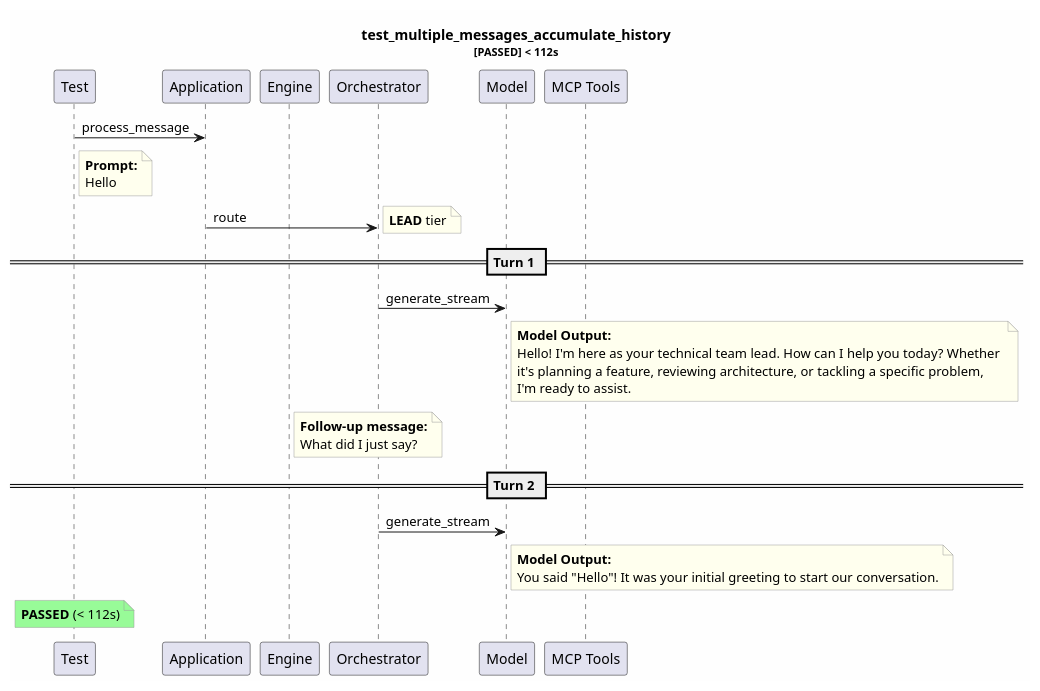
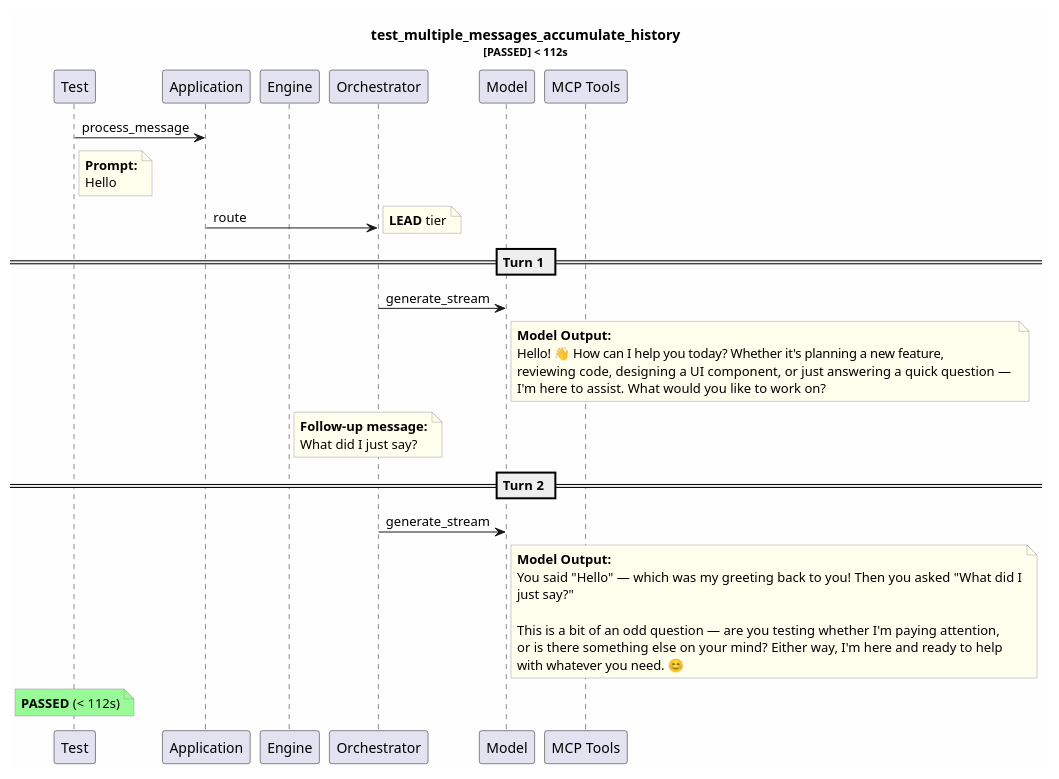
Before and after one commit to tvanfossen/entropic: the diagram in test-reports/logs/test_multiple_messages_accumulate_history/test_multiple_messages_accumulate_history.puml, drawn with PlantUML. The commit also changed 85 other files, not shown here.

```diff
--- a/test-reports/logs/test_multiple_messages_accumulate_history/test_multiple_messages_accumulate_history.puml
+++ b/test-reports/logs/test_multiple_messages_accumulate_history/test_multiple_messages_accumulate_history.puml
@@ -1,43 +1,48 @@
 @startuml
 skinparam backgroundColor #FEFEFE
 skinparam noteBorderColor #999999
 skinparam noteBackgroundColor #FFFFEE
 title test_multiple_messages_accumulate_history\n<size:11>[PASSED] < 112s</size>
 
 participant "Test" as T
 participant "Application" as App
 participant "Engine" as Eng
 participant "Orchestrator" as Orch
 participant "Model" as Mdl
 participant "MCP Tools" as MCP
 
 T -> App: process_message
 note right of T
   **Prompt:**
   Hello
 end note
 App -> Orch: route
 note right: **LEAD** tier
 == Turn 1 ==
 Orch -> Mdl: generate_stream
 note right of Mdl
   **Model Output:**
-  Hello! I'm here as your technical team lead. How can I help you today? Whether 
-  it's planning a feature, reviewing architecture, or tackling a specific problem,
-  I'm ready to assist.
+  Hello! 👋 How can I help you today? Whether it's planning a new feature, 
+  reviewing code, designing a UI component, or just answering a quick question — 
+  I'm here to assist. What would you like to work on?
 end note
 note right of Eng
   **Follow-up message:**
   What did I just say?
 end note
 == Turn 2 ==
 Orch -> Mdl: generate_stream
 note right of Mdl
   **Model Output:**
-  You said "Hello"! It was your initial greeting to start our conversation.
+  You said "Hello" — which was my greeting back to you! Then you asked "What did I
+  just say?" 
+  
+  This is a bit of an odd question — are you testing whether I'm paying attention,
+  or is there something else on your mind? Either way, I'm here and ready to help 
+  with whatever you need. 😊
 end note
 note over T #palegreen
   **PASSED** (< 112s)
 end note
 
 @enduml
```
